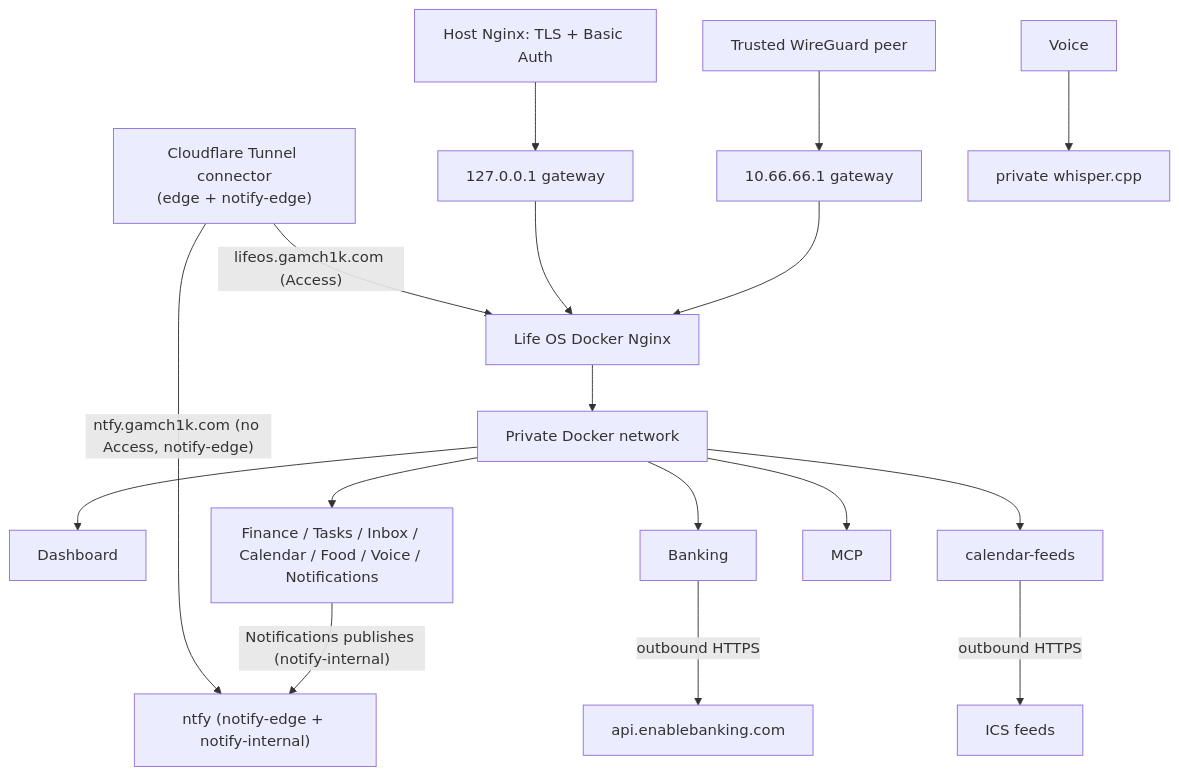
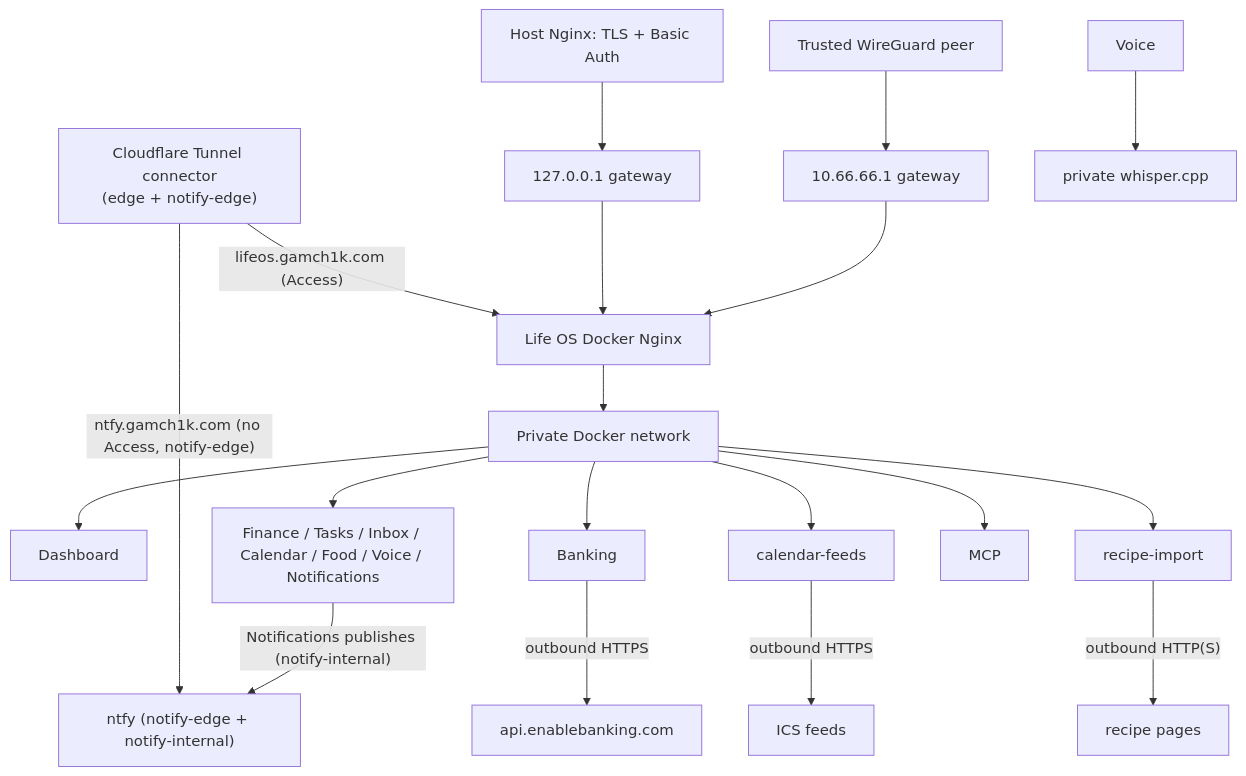
One commit to GAMch1k/life-os changed the diagram in docs/architecture/networking.md. Above: the diagram before and after it, drawn with Mermaid. The commit also changed other lines of this file and 9 other files, not shown here.

First line of the commit message:
P15-07 document the recipe-import integration

````diff
--- a/docs/architecture/networking.md
+++ b/docs/architecture/networking.md
@@ -3,19 +3,21 @@
 ```mermaid
 flowchart TB
  Host[Host Nginx: TLS + Basic Auth] --> Loopback[127.0.0.1 gateway]
  WireGuard[Trusted WireGuard peer] --> WGGateway[10.66.66.1 gateway]
  Tunnel["Cloudflare Tunnel connector<br>(edge + notify-edge)"] -- "lifeos.gamch1k.com (Access)" --> Gateway
  Loopback --> Gateway[Life OS Docker Nginx]
  WGGateway --> Gateway
  Gateway --> Private[Private Docker network]
  Private --> Dashboard
  Private --> APIs[Finance / Tasks / Inbox / Calendar / Food / Voice / Notifications]
  Private --> Banking
  Banking -- "outbound HTTPS" --> EB[api.enablebanking.com]
  Private --> Feeds[calendar-feeds]
  Feeds -- "outbound HTTPS" --> ICS[ICS feeds]
+ Private --> RecipeImport[recipe-import]
+ RecipeImport -- "outbound HTTP(S)" --> Pages[recipe pages]
  Private --> MCP
  Voice --> Whisper[private whisper.cpp]
  Tunnel -- "ntfy.gamch1k.com (no Access, notify-edge)" --> Ntfy["ntfy (notify-edge + notify-internal)"]
  APIs -- "Notifications publishes (notify-internal)" --> Ntfy
 ```
````
